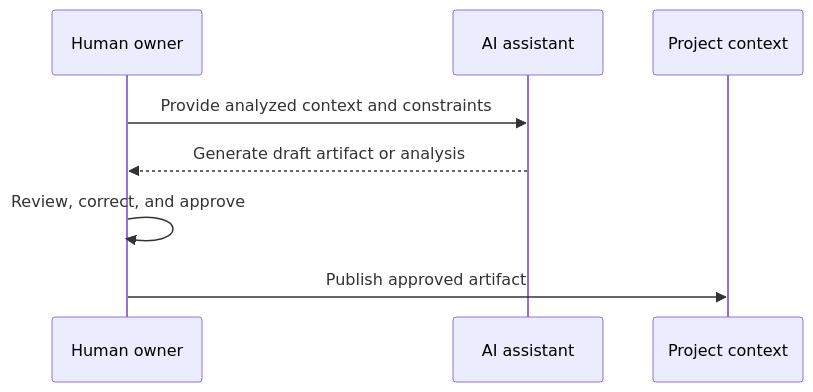
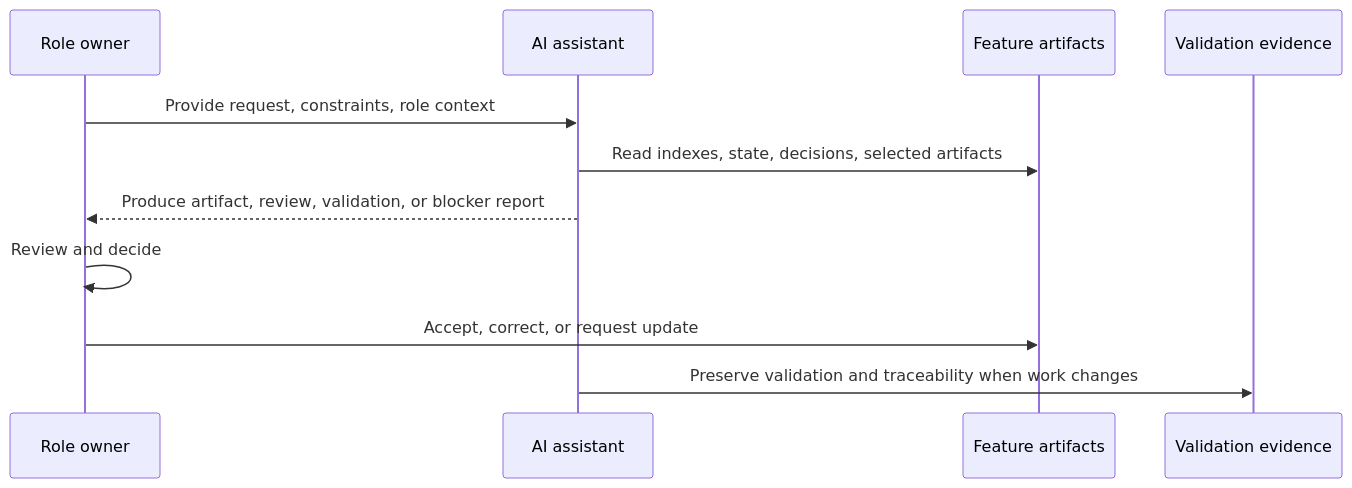
One commit to mikegorelikoff/ai-sdlc-harness changed the third of 3 diagrams in guides/workflow.md. Above: the diagram before and after it, drawn with Mermaid. The commit also changed other lines of this file and 137 other files, not shown here.

````diff
--- a/guides/workflow.md
+++ b/guides/workflow.md
@@ -220,10 +382,13 @@
 ```mermaid
 sequenceDiagram
-    participant Human as Human owner
+    participant Human as Role owner
     participant AI as AI assistant
-    participant Context as Project context
-    Human->>AI: Provide analyzed context and constraints
-    AI-->>Human: Generate draft artifact or analysis
-    Human->>Human: Review, correct, and approve
-    Human->>Context: Publish approved artifact
+    participant Artifacts as Feature artifacts
+    participant Evidence as Validation evidence
+    Human->>AI: Provide request, constraints, role context
+    AI->>Artifacts: Read indexes, state, decisions, selected artifacts
+    AI-->>Human: Produce artifact, review, validation, or blocker report
+    Human->>Human: Review and decide
+    Human->>Artifacts: Accept, correct, or request update
+    AI->>Evidence: Preserve validation and traceability when work changes
 ```
````
